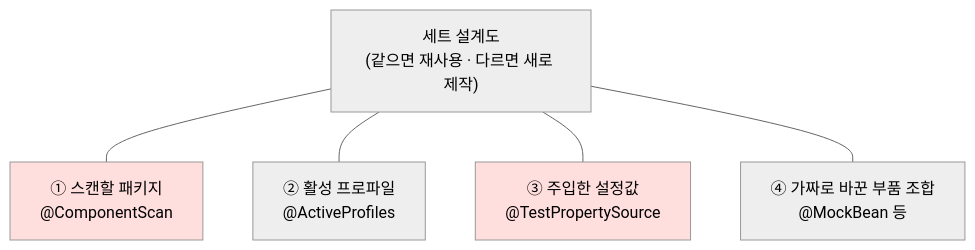
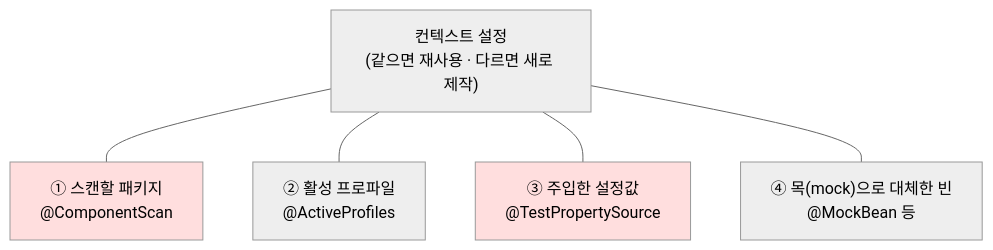
One commit to johnycho/johny-dev changed the second of 6 diagrams in blog/2026-08-03-spring-datajpatest-context-oom.mdx. Above: the diagram before and after it, drawn with Mermaid (neutral theme). The commit also changed other lines of this file and 47 other files, not shown here.

````diff
--- a/blog/2026-08-03-spring-datajpatest-context-oom.mdx
+++ b/blog/2026-08-03-spring-datajpatest-context-oom.mdx
@@ -60,11 +60,11 @@
 ```mermaid
 flowchart TD
-    K["세트 설계도<br/>(같으면 재사용 · 다르면 새로 제작)"]
+    K["컨텍스트 설정<br/>(같으면 재사용 · 다르면 새로 제작)"]
     K --- C1["① 스캔할 패키지<br/>@ComponentScan"]
     K --- C2["② 활성 프로파일<br/>@ActiveProfiles"]
     K --- C3["③ 주입한 설정값<br/>@TestPropertySource"]
-    K --- C4["④ 가짜로 바꾼 부품 조합<br/>@MockBean 등"]
+    K --- C4["④ 목(mock)으로 대체한 빈<br/>@MockBean 등"]
 
     style C1 fill:#ffdede
     style C3 fill:#ffdede
 ```
````
